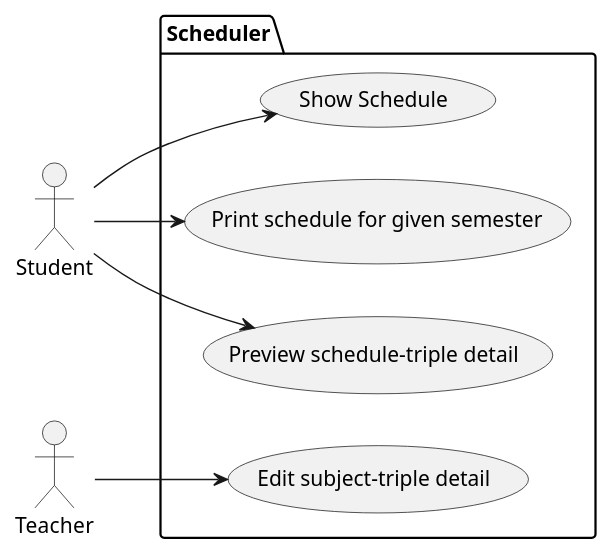
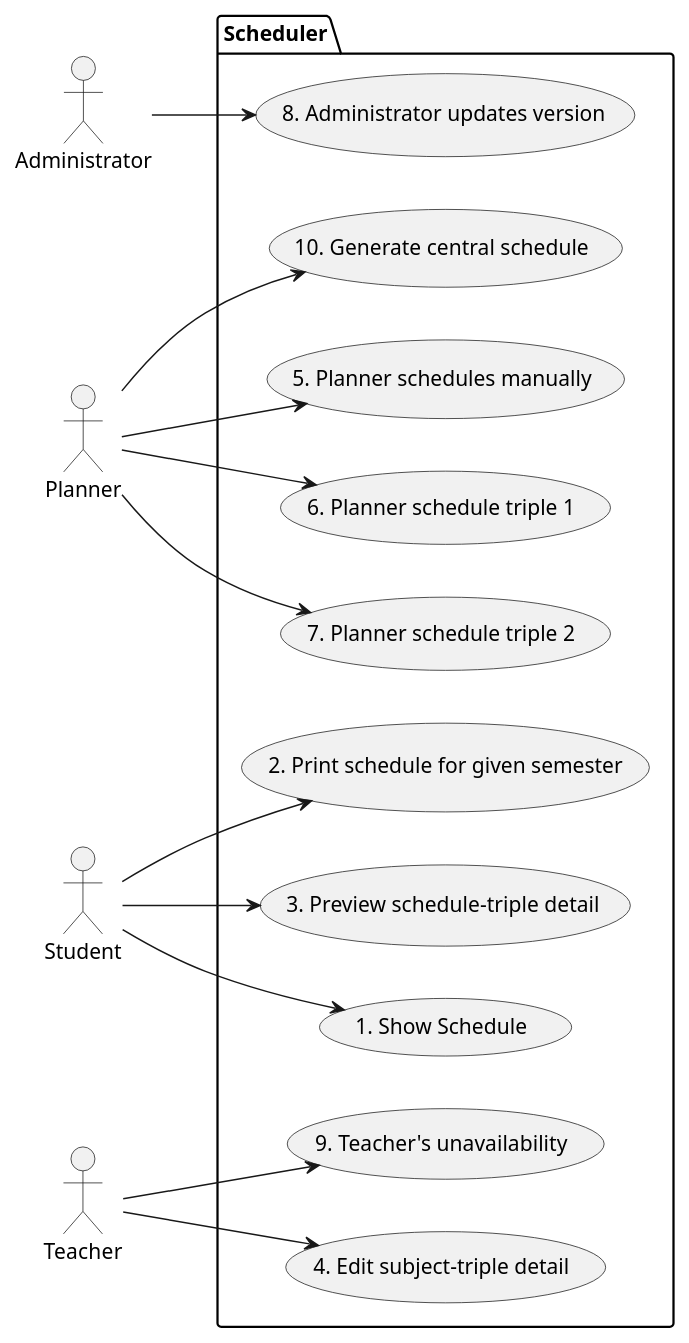
Before and after one commit to schafric/MFF-NSWI041: the first of 6 diagrams in 1/seminar-work.md, drawn with PlantUML. The commit also changed other lines of this file, not shown here.

````diff
--- a/1/seminar-work.md
+++ b/1/seminar-work.md
@@ -209,17 +209,31 @@
 ```plantuml
 @startuml
 left to right direction
+actor Administrator as a
+actor Planner as p
 actor Student as s
 actor Teacher as t
 package Scheduler {
-  usecase "Show Schedule" as UC1
-  usecase "Print schedule for given semester" as UC2
-  usecase "Preview schedule-triple detail" as UC3
-  usecase "Edit subject-triple detail" as UC4
+  usecase "1. Show Schedule" as UC1
+  usecase "2. Print schedule for given semester" as UC2
+  usecase "3. Preview schedule-triple detail" as UC3
+  usecase "4. Edit subject-triple detail" as UC4
+  usecase "5. Planner schedules manually" as UC5
+  usecase "6. Planner schedule triple 1" as UC6
+  usecase "7. Planner schedule triple 2" as UC7
+  usecase "8. Administrator updates version" as UC8
+  usecase "9. Teacher's unavailability" as UC9
+  usecase "10. Generate central schedule" as UC10
 }
 s --> UC1
 s --> UC2
 s --> UC3
 t --> UC4
+p --> UC5
+p --> UC6
+p --> UC7
+a --> UC8
+t --> UC9
+p --> UC10
 @enduml
 ```
````
